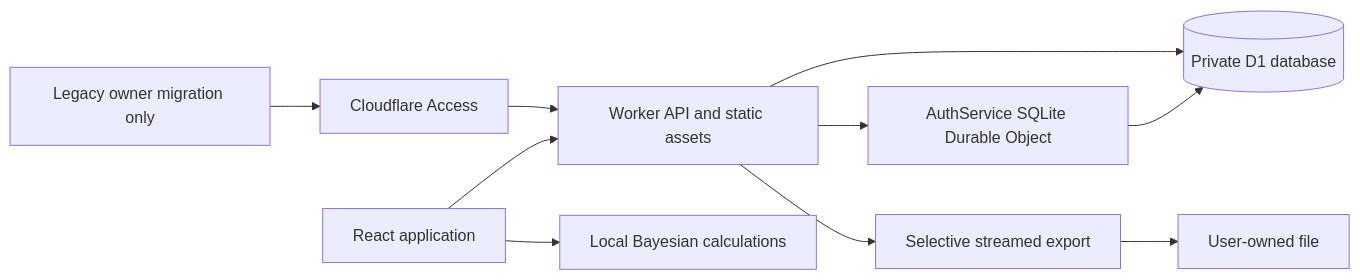
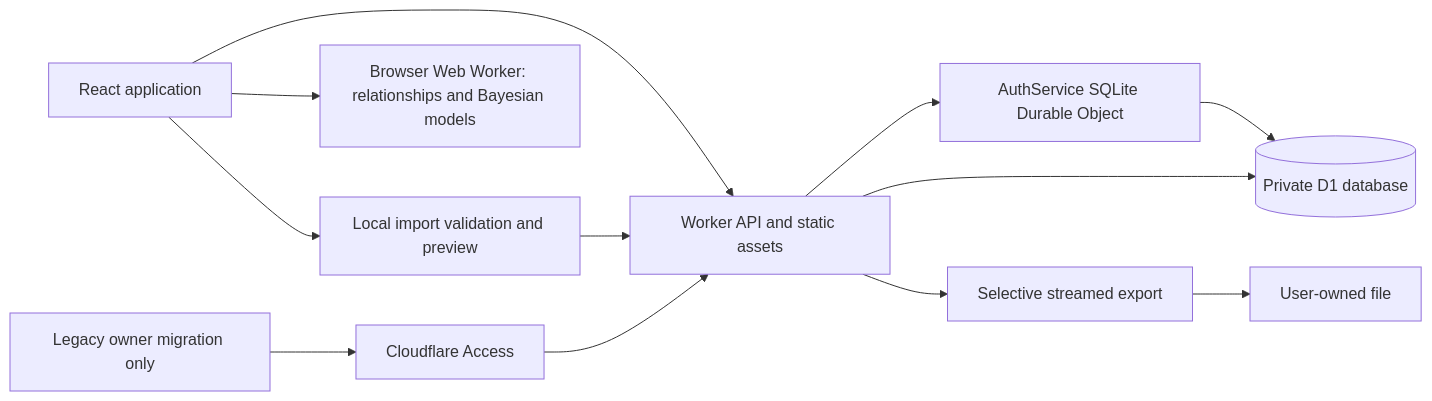
Before and after one commit to BloedeBleidd/Tedd-mhen: the diagram in docs/ARCHITECTURE.md, drawn with Mermaid. The commit also changed other lines of this file and 50 other files, not shown here.

````diff
--- a/docs/ARCHITECTURE.md
+++ b/docs/ARCHITECTURE.md
@@ -3,12 +3,14 @@
 ```mermaid
 flowchart LR
   Browser[React application] --> Worker[Worker API and static assets]
   Worker --> Auth[AuthService SQLite Durable Object]
   Auth --> D1
   Owner[Legacy owner migration only] --> Access[Cloudflare Access]
   Access --> Worker
   Worker --> D1[(Private D1 database)]
-  Browser --> Model[Local Bayesian calculations]
+  Browser --> Model[Browser Web Worker: relationships and Bayesian models]
+  Browser --> Import[Local import validation and preview]
+  Import --> Worker
   Worker --> Download[Selective streamed export]
   Download --> File[User-owned file]
 ```
````
